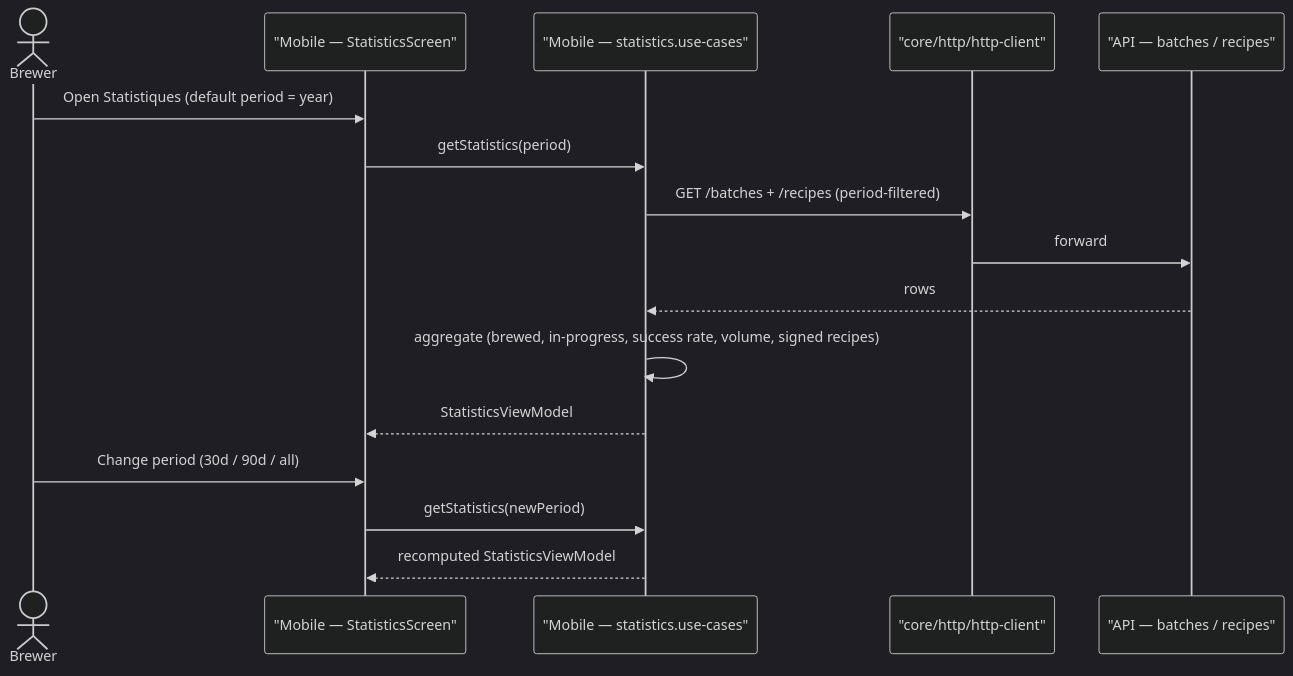
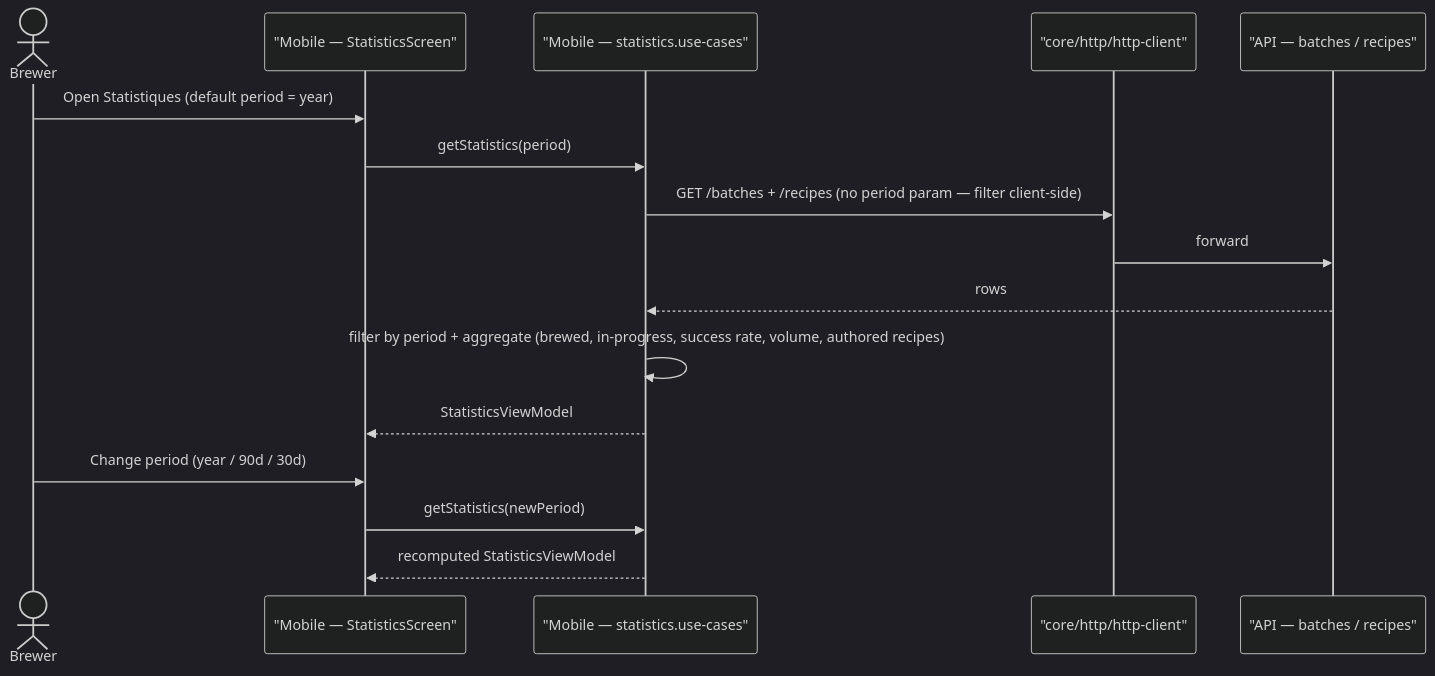
Before and after one commit to benoit-bremaud/brasse-bouillon: the second of 2 diagrams in docs/architecture/diagrams/dashboard/02-sequence-load-and-stats.md, drawn with Mermaid (dark theme). The commit also changed other lines of this file and 3 other files, not shown here.

````diff
--- a/docs/architecture/diagrams/dashboard/02-sequence-load-and-stats.md
+++ b/docs/architecture/diagrams/dashboard/02-sequence-load-and-stats.md
@@ -33,19 +33,19 @@
 ```mermaid
 sequenceDiagram
   actor B as Brewer
   participant S as "Mobile — StatisticsScreen"
   participant UC as "Mobile — statistics.use-cases"
   participant HTTP as "core/http/http-client"
   participant API as "API — batches / recipes"
 
   B->>S: Open Statistiques (default period = year)
   S->>UC: getStatistics(period)
-  UC->>HTTP: GET /batches + /recipes (period-filtered)
+  UC->>HTTP: GET /batches + /recipes (no period param — filter client-side)
   HTTP->>API: forward
   API-->>UC: rows
-  UC->>UC: aggregate (brewed, in-progress, success rate, volume, signed recipes)
+  UC->>UC: filter by period + aggregate (brewed, in-progress, success rate, volume, authored recipes)
   UC-->>S: StatisticsViewModel
-  B->>S: Change period (30d / 90d / all)
+  B->>S: Change period (year / 90d / 30d)
   S->>UC: getStatistics(newPeriod)
   UC-->>S: recomputed StatisticsViewModel
 ```
````
